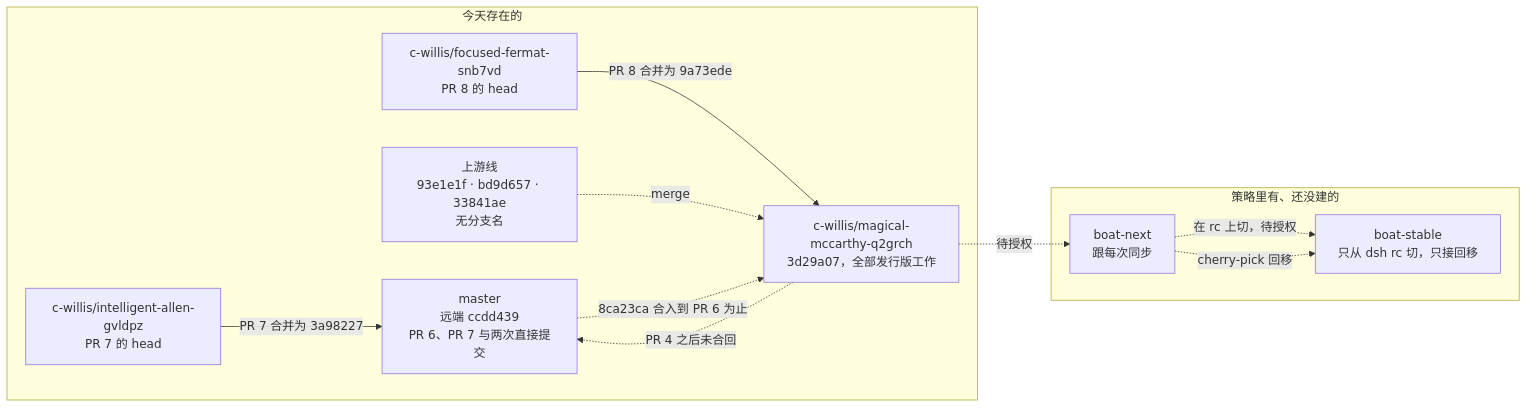
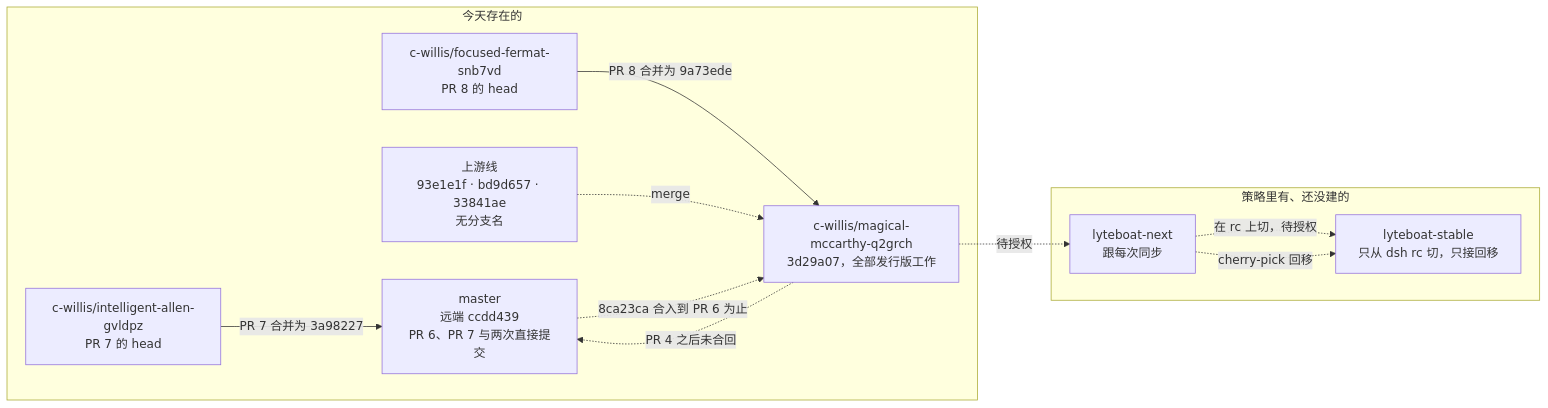
Diagram 11 of 13 in docs/02-distribution.md (lyteboat/boat), drawn with Mermaid before and after one commit. The commit also changed other lines of this file and 316 other files, not shown here.

````diff
--- a/docs/02-distribution.md
+++ b/docs/02-distribution.md
@@ -1334,22 +1334,22 @@
 ```mermaid
 flowchart LR
   subgraph NOW["今天存在的"]
     MASTER["master<br/>远端 ccdd439<br/>PR 6、PR 7 与两次直接提交"]
     DEV["c-willis/magical-mccarthy-q2grch<br/>3d29a07，全部发行版工作"]
     FEAT["c-willis/focused-fermat-snb7vd<br/>PR 8 的 head"]
     DOCS["c-willis/intelligent-allen-gvldpz<br/>PR 7 的 head"]
     LINE["上游线<br/>93e1e1f · bd9d657 · 33841ae<br/>无分支名"]
   end
   subgraph PLAN["策略里有、还没建的"]
-    NEXT["boat-next<br/>跟每次同步"]
-    STABLE["boat-stable<br/>只从 dsh rc 切，只接回移"]
+    NEXT["lyteboat-next<br/>跟每次同步"]
+    STABLE["lyteboat-stable<br/>只从 dsh rc 切，只接回移"]
   end
   FEAT -->|"PR 8 合并为 9a73ede"| DEV
   DOCS -->|"PR 7 合并为 3a98227"| MASTER
   LINE -.->|"merge"| DEV
   MASTER -.->|"8ca23ca 合入到 PR 6 为止"| DEV
   DEV -.->|"PR 4 之后未合回"| MASTER
   DEV -.->|"待授权"| NEXT
   NEXT -.->|"在 rc 上切，待授权"| STABLE
   NEXT -.->|"cherry-pick 回移"| STABLE
 ```
````
